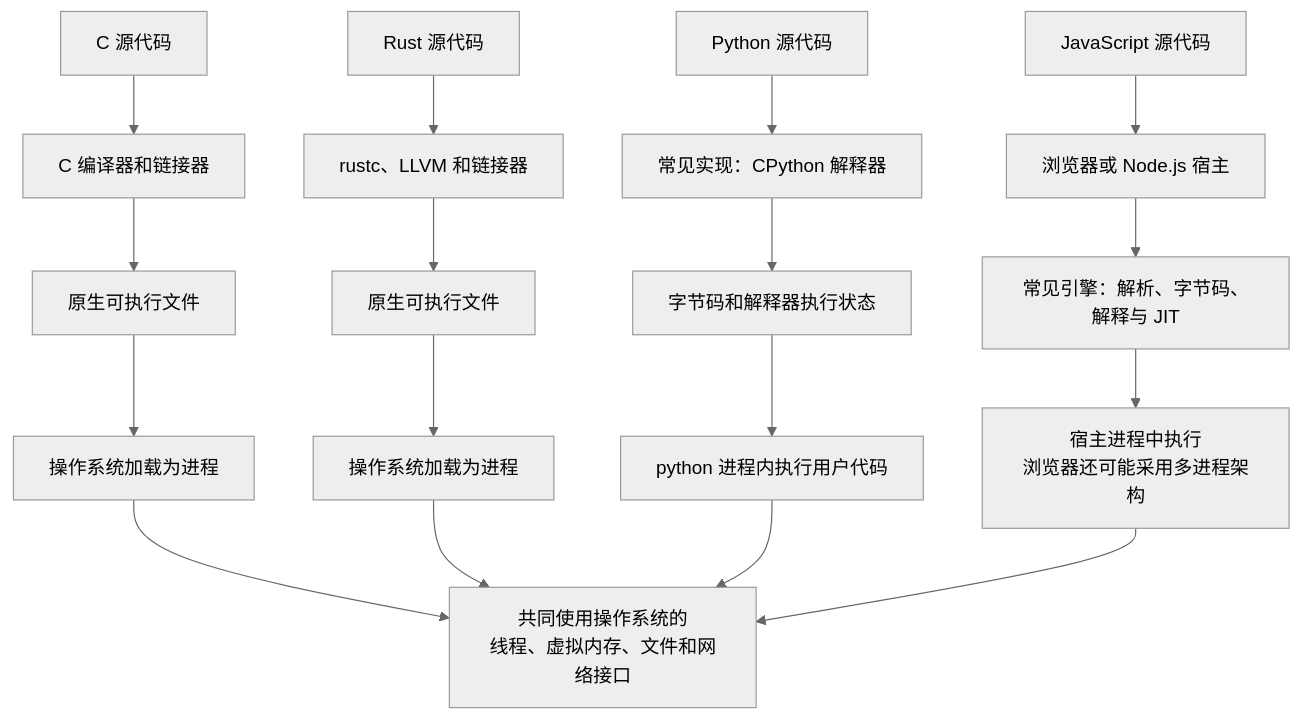
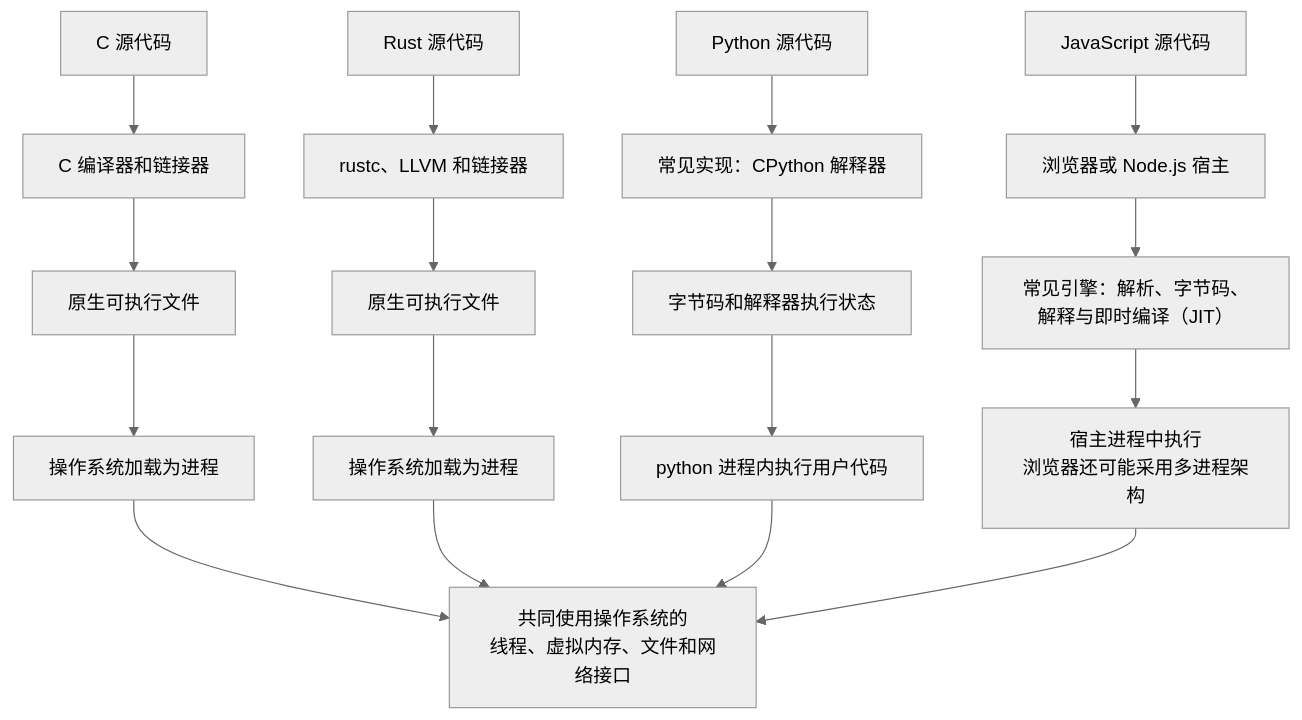
The ninth of 12 diagrams in docs/01-from-program-to-process.md (jiazhengfu912-lang/operating-Systems-Theory), drawn with Mermaid (neutral theme) before and after one commit. The commit also changed other lines of this file and 12 other files, not shown here.

````diff
--- a/docs/01-from-program-to-process.md
+++ b/docs/01-from-program-to-process.md
@@ -509,24 +718,24 @@
 ```mermaid
 flowchart TB
     C["C 源代码"] --> CC["C 编译器和链接器"]
     CC --> CNATIVE["原生可执行文件"]
     CNATIVE --> CPROC["操作系统加载为进程"]
 
     R["Rust 源代码"] --> RC["rustc、LLVM 和链接器"]
     RC --> RNATIVE["原生可执行文件"]
     RNATIVE --> RPROC["操作系统加载为进程"]
 
     P["Python 源代码"] --> PY["常见实现：CPython 解释器"]
     PY --> PBC["字节码和解释器执行状态"]
     PBC --> PPROC["python 进程内执行用户代码"]
 
     J["JavaScript 源代码"] --> HOST["浏览器或 Node.js 宿主"]
-    HOST --> ENG["常见引擎：解析、字节码、解释与 JIT"]
+    HOST --> ENG["常见引擎：解析、字节码、解释与即时编译（JIT）"]
     ENG --> JPROC["宿主进程中执行<br/>浏览器还可能采用多进程架构"]
 
     OS["共同使用操作系统的<br/>线程、虚拟内存、文件和网络接口"]
     CPROC --> OS
     RPROC --> OS
     PPROC --> OS
     JPROC --> OS
 ```
````
